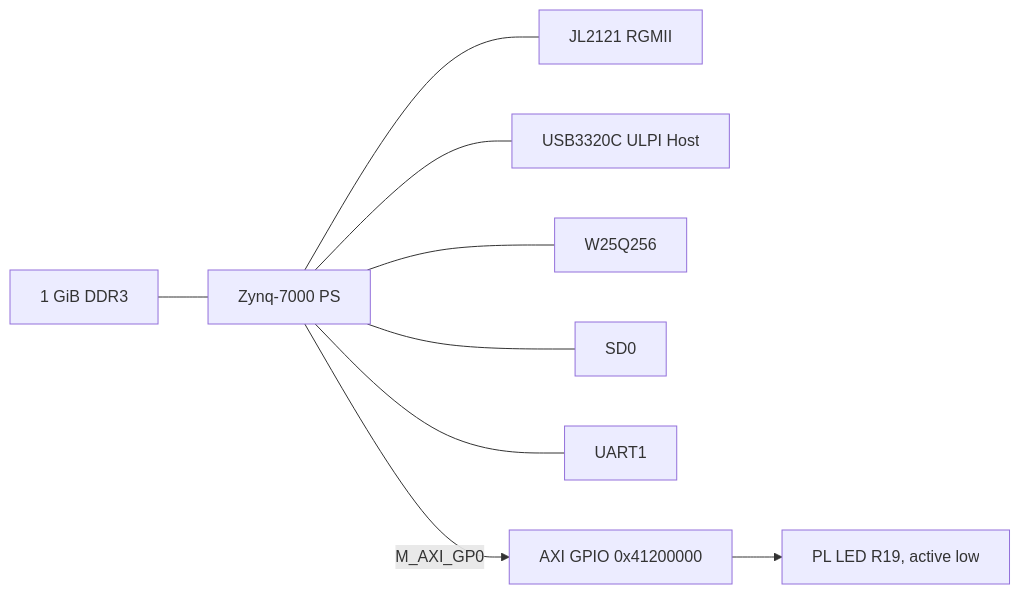
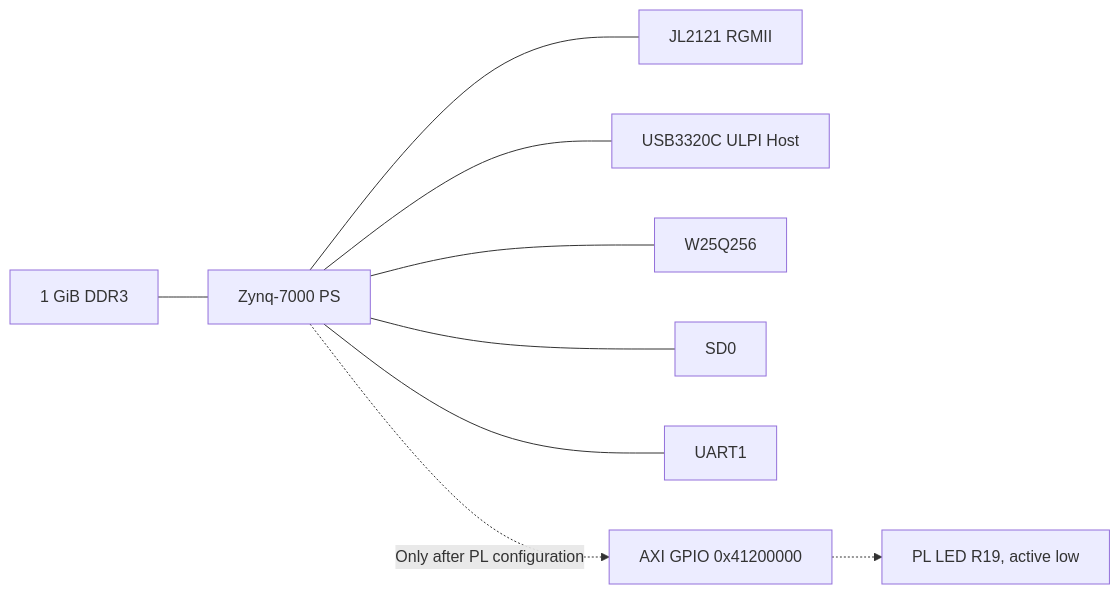
Before and after one commit to tcmichals/AbstractX: the diagram in hw/zynq7000/alinx_ac7020c/SPECIFICATION.md, drawn with Mermaid. The commit also changed other lines of this file and 96 other files, not shown here.

````diff
--- a/hw/zynq7000/alinx_ac7020c/SPECIFICATION.md
+++ b/hw/zynq7000/alinx_ac7020c/SPECIFICATION.md
@@ -12,11 +12,11 @@
 ```mermaid
 flowchart LR
     DDR[1 GiB DDR3] --- PS[Zynq-7000 PS]
     PS --- GEM[JL2121 RGMII]
     PS --- USB[USB3320C ULPI Host]
     PS --- QSPI[W25Q256]
     PS --- SD[SD0]
     PS --- UART[UART1]
-    PS -->|M_AXI_GP0| GPIO[AXI GPIO 0x41200000]
-    GPIO --> LED[PL LED R19, active low]
+    PS -.->|Only after PL configuration| GPIO[AXI GPIO 0x41200000]
+    GPIO -.-> LED[PL LED R19, active low]
 ```
````
